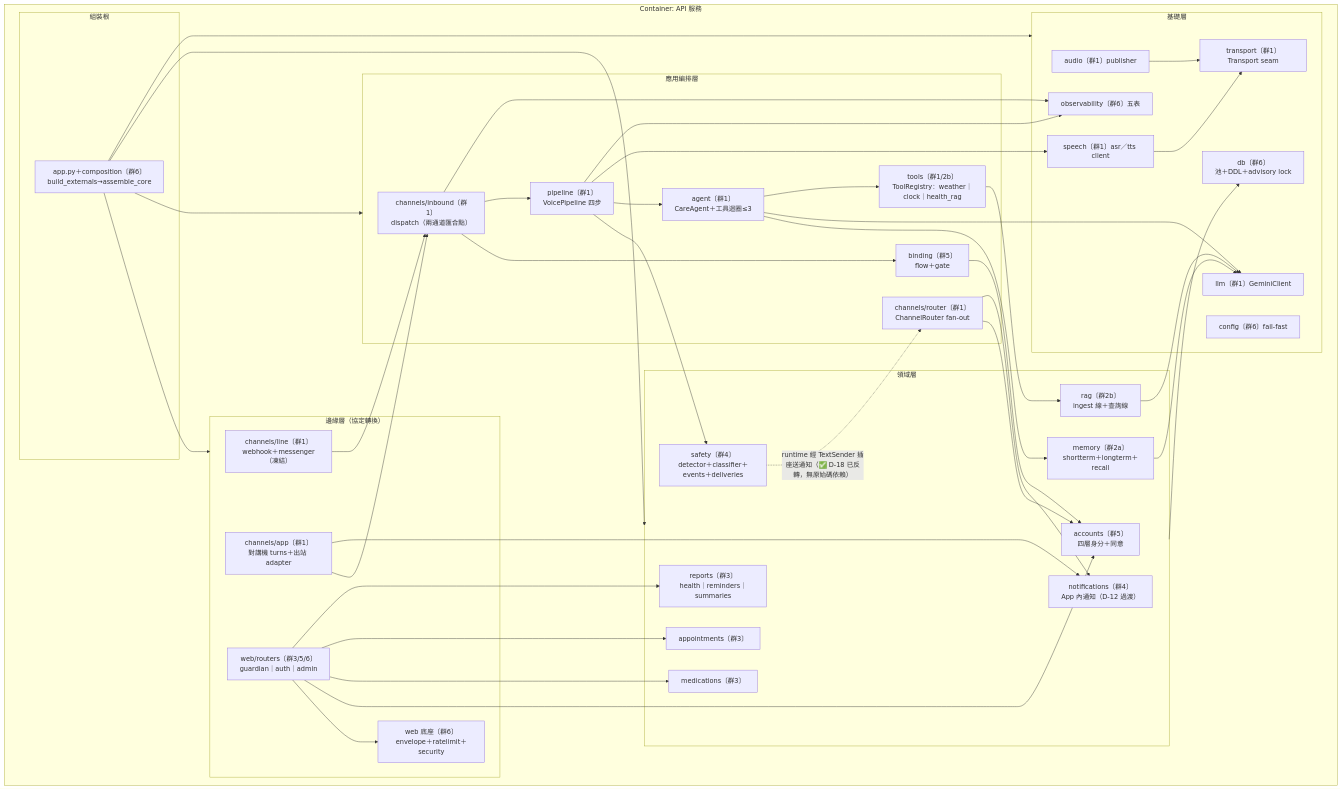
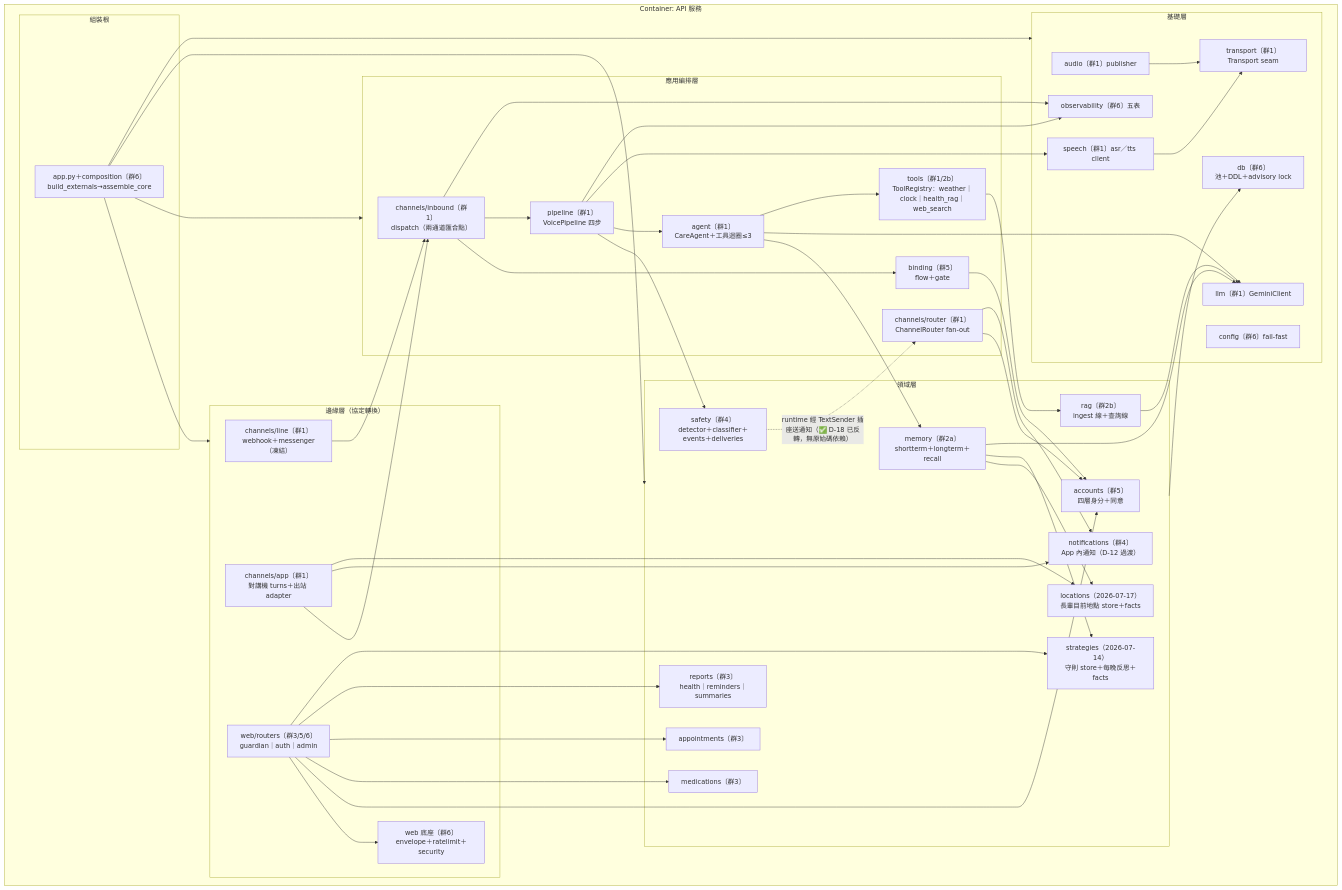
One commit to leo53021313/kinsun changed the fourth of 11 diagrams in docs/dev/05_架構與設計.md. Above: the diagram before and after it, drawn with Mermaid. The commit also changed other lines of this file and 15 other files, not shown here.

````diff
--- a/docs/dev/05_架構與設計.md
+++ b/docs/dev/05_架構與設計.md
@@ -167,68 +167,73 @@
 ```mermaid
 flowchart TD
     subgraph container["Container: API 服務"]
         subgraph root["組裝根"]
             comp["app.py＋composition〔群6〕<br/>build_externals→assemble_core"]
         end
         subgraph edge["邊緣層（協定轉換）"]
             linech["channels/line〔群1〕<br/>webhook＋messenger（凍結）"]
             appch["channels/app〔群1〕<br/>對講機 turns＋出站 adapter"]
             webapi["web/routers〔群3/5/6〕<br/>guardian｜auth｜admin"]
             webbase["web 底座〔群6〕<br/>envelope＋ratelimit＋security"]
         end
         subgraph orch["應用編排層"]
             inbound["channels/inbound〔群1〕<br/>dispatch（兩通道匯合點）"]
             pipeline["pipeline〔群1〕<br/>VoicePipeline 四步"]
             agent["agent〔群1〕<br/>CareAgent＋工具迴圈≤3"]
-            tools["tools〔群1/2b〕<br/>ToolRegistry：weather｜clock｜health_rag"]
+            tools["tools〔群1/2b〕<br/>ToolRegistry：weather｜clock｜health_rag｜web_search"]
             router["channels/router〔群1〕<br/>ChannelRouter fan-out"]
             binding["binding〔群5〕<br/>flow＋gate"]
         end
         subgraph domain["領域層"]
             accounts["accounts〔群5〕<br/>四層身分＋同意"]
             meds["medications〔群3〕"]
             appts["appointments〔群3〕"]
             reports["reports〔群3〕<br/>health｜reminders｜summaries"]
             safety["safety〔群4〕<br/>detector＋classifier＋events＋deliveries"]
             memory["memory〔群2a〕<br/>shortterm＋longterm＋recall"]
             rag["rag〔群2b〕<br/>ingest 線＋查詢線"]
             notif["notifications〔群4〕<br/>App 內通知（D-12 過渡）"]
+            loc["locations（2026-07-17）<br/>長輩目前地點 store＋facts"]
+            strat["strategies（2026-07-14）<br/>守則 store＋每晚反思＋facts"]
         end
         subgraph infra["基礎層"]
             dbmod["db〔群6〕<br/>池＋DDL＋advisory lock"]
             llm["llm〔群1〕GeminiClient"]
             speech["speech〔群1〕asr／tts client"]
             transport["transport〔群1〕Transport seam"]
             audio["audio〔群1〕publisher"]
             obs["observability〔群6〕五表"]
             config["config〔群6〕fail-fast"]
         end
     end
 
     comp --> edge & orch & domain & infra
     linech --> inbound
     appch --> inbound
     appch --> notif
     webapi --> webbase
     inbound --> binding
     inbound --> pipeline
     pipeline --> safety
     pipeline --> agent
     pipeline --> speech
     agent --> memory
     agent --> llm
     agent --> tools
     tools --> rag
     webapi --> accounts & meds & appts & reports
+    webapi --> strat
+    appch --> loc
+    memory --> loc & strat
     binding --> accounts
     router --> accounts
     router --> notif
     safety -. "runtime 經 TextSender 插座送通知（✅ D-18 已反轉，無原始碼依賴）" .-> router
     domain --> dbmod
     memory --> llm
     rag --> llm
     speech --> transport
     audio --> transport
     pipeline --> obs
     inbound --> obs
 ```
````
